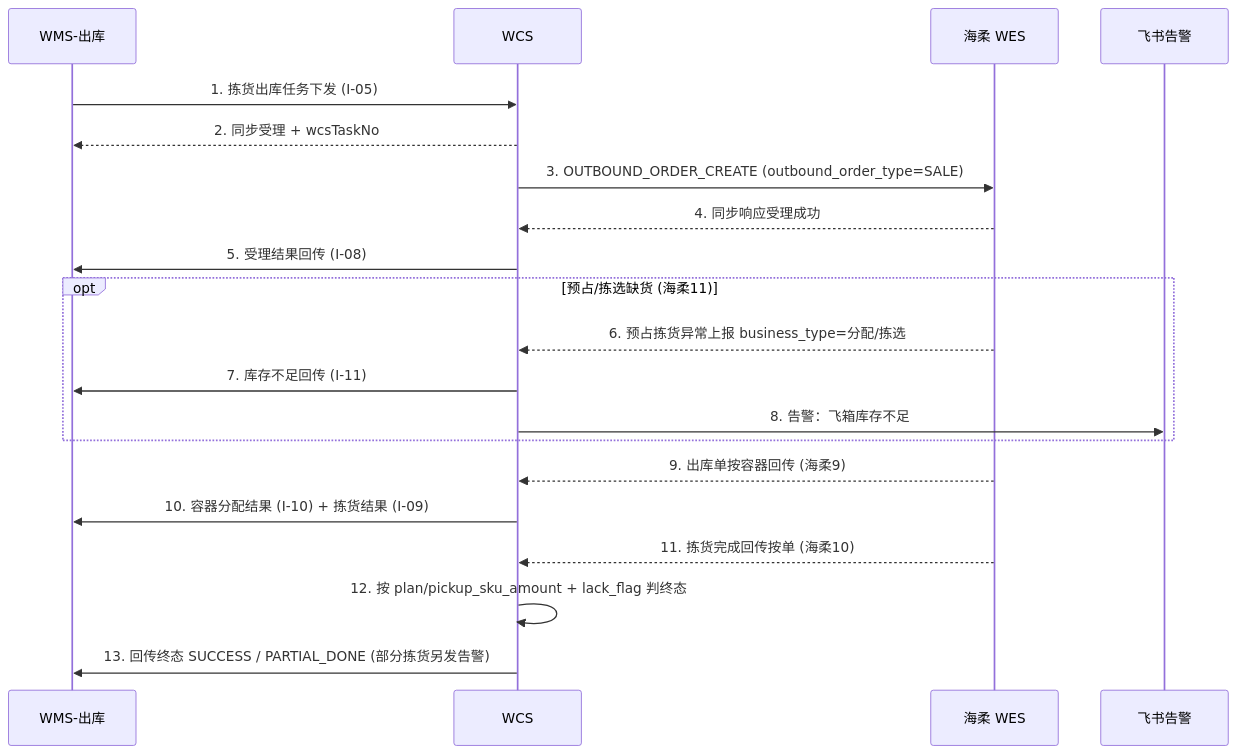
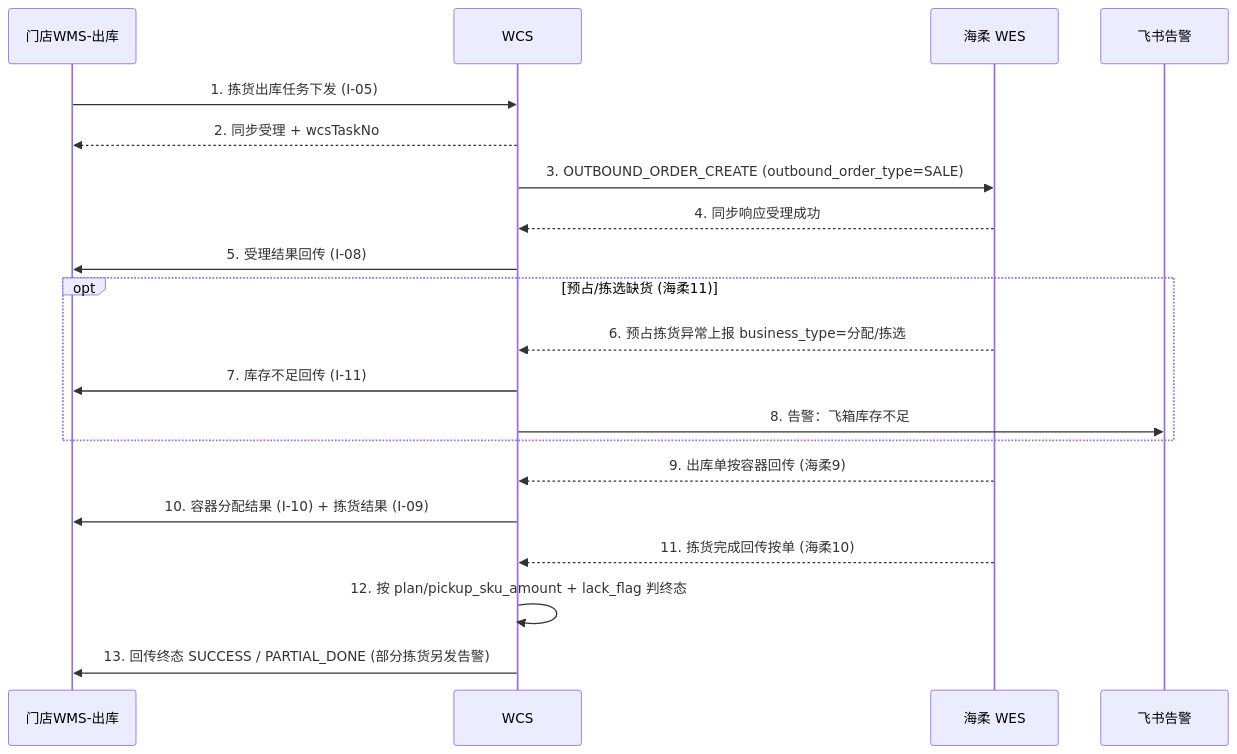
One commit to generous-jiang/jiangzw changed the diagram in docs/wcs/diagrams/03-seq-pick.mmd. Above: the diagram before and after it, drawn with Mermaid. The commit also changed 9 other files, not shown here.

```diff
--- a/docs/wcs/diagrams/03-seq-pick.mmd
+++ b/docs/wcs/diagrams/03-seq-pick.mmd
@@ -1,20 +1,20 @@
 sequenceDiagram
-    participant WMS as WMS-出库
+    participant WMS as 门店WMS-出库
     participant WCS as WCS
     participant WES as 海柔 WES
     participant FS as 飞书告警
     WMS->>WCS: 1. 拣货出库任务下发 (I-05)
     WCS-->>WMS: 2. 同步受理 + wcsTaskNo
     WCS->>WES: 3. OUTBOUND_ORDER_CREATE (outbound_order_type=SALE)
     WES-->>WCS: 4. 同步响应受理成功
     WCS->>WMS: 5. 受理结果回传 (I-08)
     opt 预占/拣选缺货 (海柔11)
         WES-->>WCS: 6. 预占拣货异常上报 business_type=分配/拣选
         WCS->>WMS: 7. 库存不足回传 (I-11)
         WCS->>FS: 8. 告警：飞箱库存不足
     end
     WES-->>WCS: 9. 出库单按容器回传 (海柔9)
     WCS->>WMS: 10. 容器分配结果 (I-10) + 拣货结果 (I-09)
     WES-->>WCS: 11. 拣货完成回传按单 (海柔10)
     WCS->>WCS: 12. 按 plan/pickup_sku_amount + lack_flag 判终态
     WCS->>WMS: 13. 回传终态 SUCCESS / PARTIAL_DONE (部分拣货另发告警)
```
